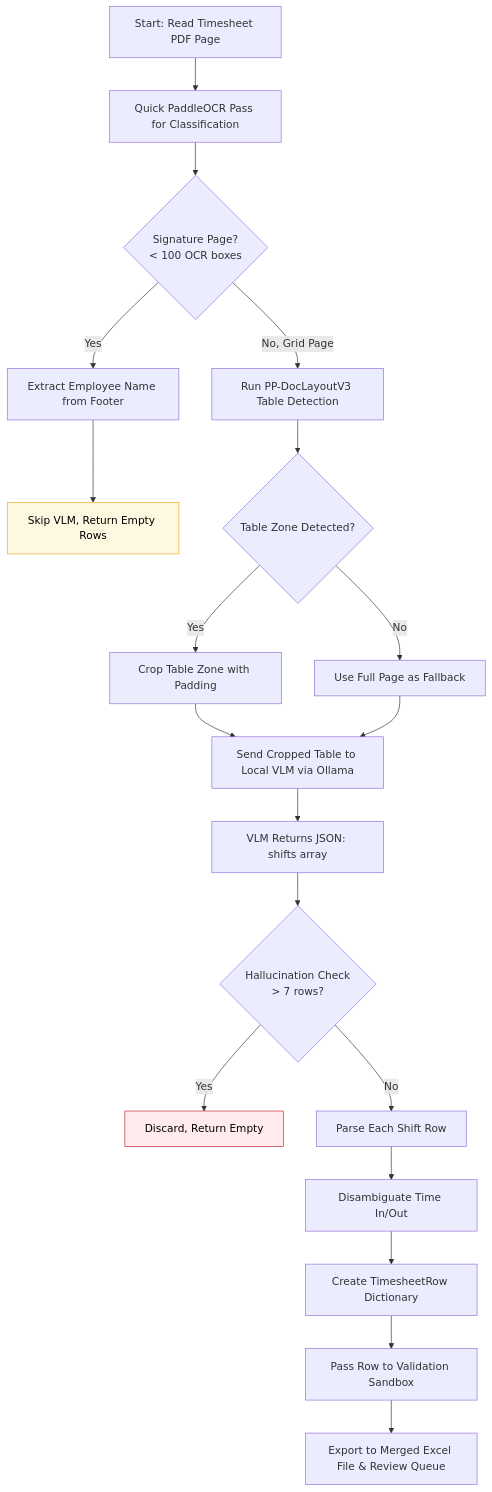
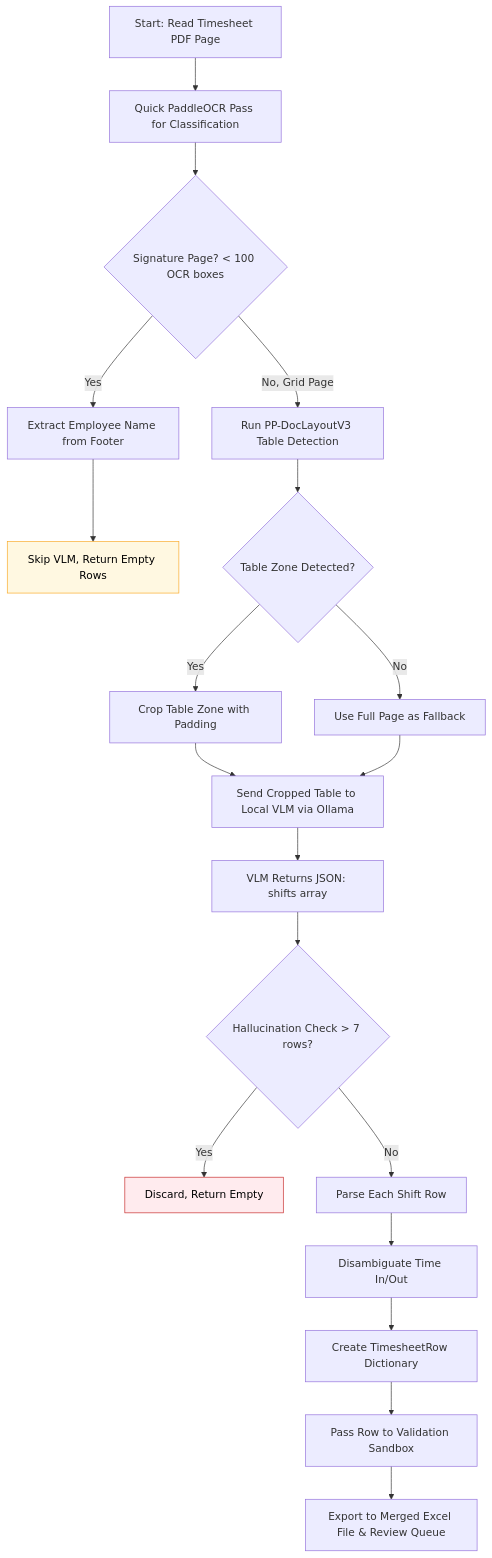
The diagram in workflows/layout_guided_vlm_local_flow.md (mohitagr18/timesheet-ocr), drawn with Mermaid before and after one commit. The commit also changed 4 other files, not shown here.

````diff
--- a/workflows/layout_guided_vlm_local_flow.md
+++ b/workflows/layout_guided_vlm_local_flow.md
@@ -13,32 +13,32 @@
 ```mermaid
 graph TD
     A[Start: Read Timesheet PDF Page] --> B[Quick PaddleOCR Pass for Classification]
-    B --> C{Signature Page?\n< 100 OCR boxes}
+    B --> C{Signature Page? < 100 OCR boxes}
     
     C -->|Yes| D[Extract Employee Name from Footer]
     D --> E[Skip VLM, Return Empty Rows]
     
     C -->|No, Grid Page| F[Run PP-DocLayoutV3 Table Detection]
     F --> G{Table Zone Detected?}
     
     G -->|Yes| H[Crop Table Zone with Padding]
     G -->|No| I[Use Full Page as Fallback]
     
     H --> J[Send Cropped Table to Local VLM via Ollama]
     I --> J
     
     J --> K[VLM Returns JSON: shifts array]
-    K --> L{Hallucination Check\n> 7 rows?}
+    K --> L{Hallucination Check > 7 rows?}
     
     L -->|Yes| M[Discard, Return Empty]
     L -->|No| N[Parse Each Shift Row]
     
     N --> O[Disambiguate Time In/Out]
     O --> P[Create TimesheetRow Dictionary]
     
     P --> Q[Pass Row to Validation Sandbox]
     Q --> R[Export to Merged Excel File & Review Queue]
     
     style E fill:#fff8e1,stroke:#f9a825,color:#000
     style M fill:#ffebee,stroke:#c62828,color:#000
 ```
````
